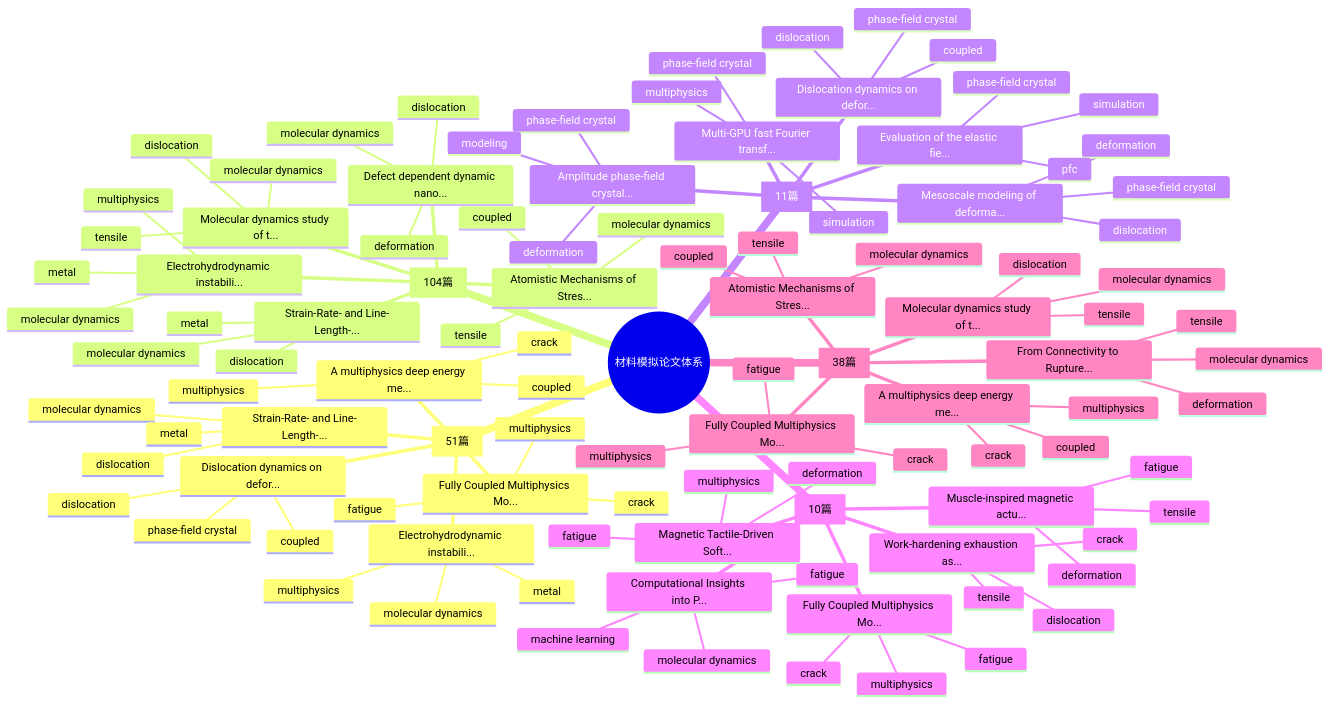
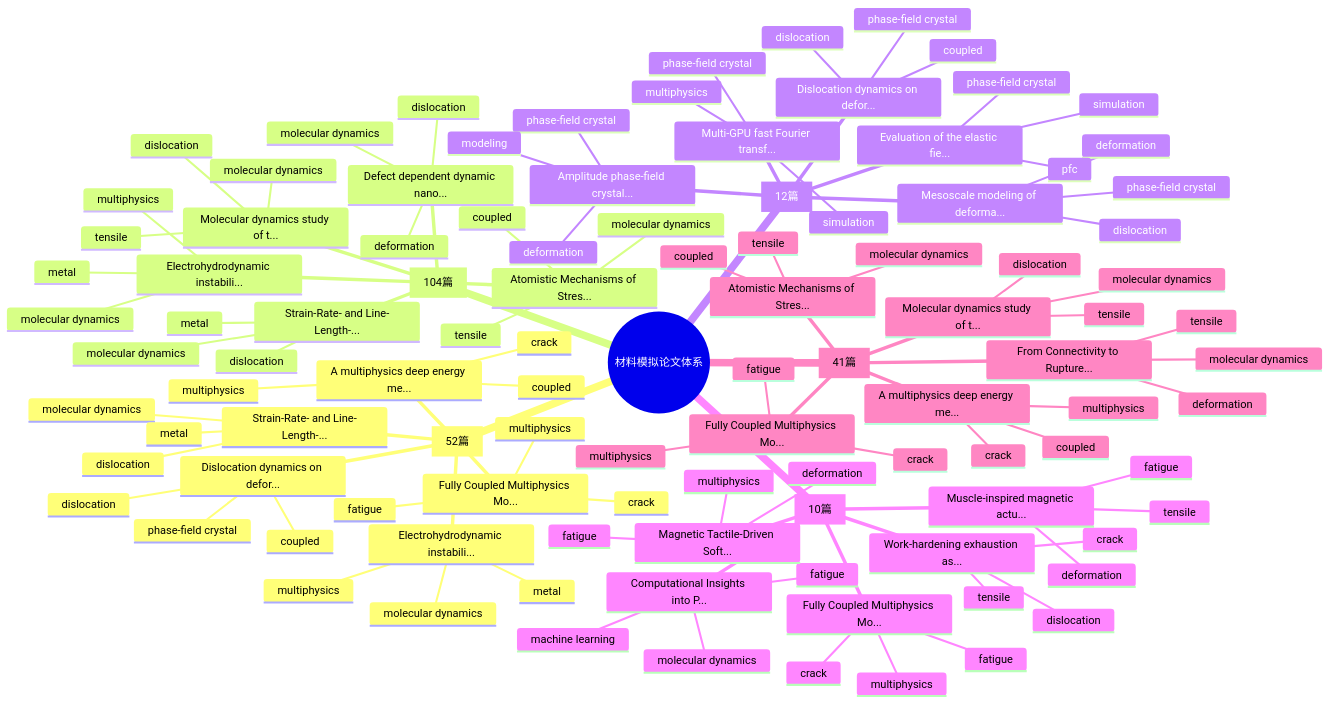
Before and after one commit to Shirakawa11111/BJK_readpaper: the first of 2 diagrams in README.md, drawn with Mermaid. The commit also changed other lines of this file and 11 other files, not shown here.

````diff
--- a/README.md
+++ b/README.md
@@ -94,7 +94,7 @@
 ```mermaid
 mindmap
   root((材料模拟论文体系))
-    Multiphysics Coupling [51篇]
+    Multiphysics Coupling [52篇]
       Fully Coupled Multiphysics Mo...
         fatigue
         multiphysics
@@ -136,7 +136,7 @@
         molecular dynamics
         tensile
         coupled
-    Phase-Field Crystal [11篇]
+    Phase-Field Crystal [12篇]
       Dislocation dynamics on defor...
         phase-field crystal
         dislocation
@@ -178,7 +178,7 @@
         multiphysics
         fatigue
         deformation
-    Tensile / Deformation Simulation [38篇]
+    Tensile / Deformation Simulation [41篇]
       Fully Coupled Multiphysics Mo...
         fatigue
         multiphysics
````
